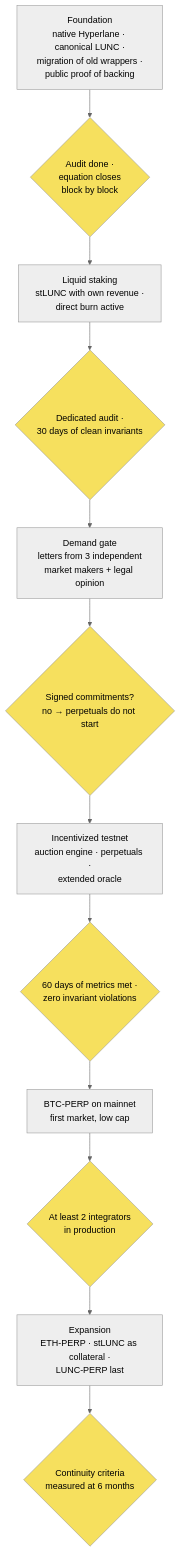
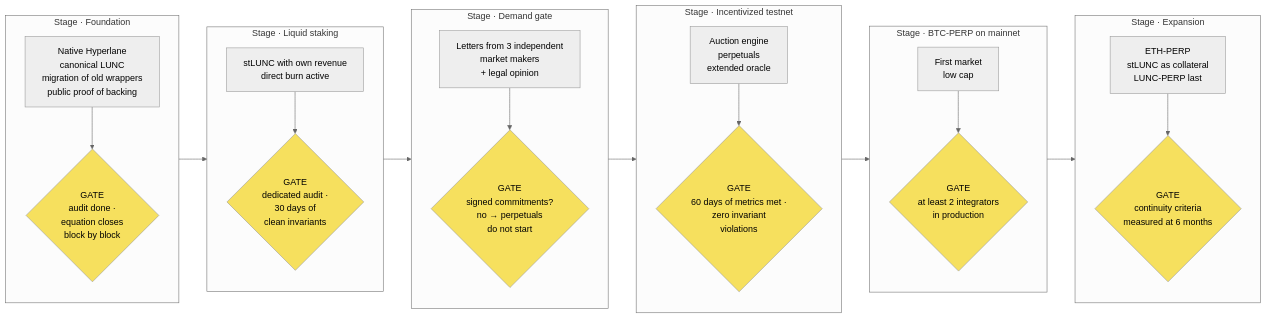
One commit to igorv43/proposal changed diagram 11 of 14 in README.md. Above: the diagram before and after it, drawn with Mermaid (neutral theme). The commit also changed 1 other file, not shown here.

Commit message:
Roadmap diagram as six stage columns (readable on GitHub and as an image)

````diff
--- a/README.md
+++ b/README.md
@@ -346,20 +346,34 @@
 ```mermaid
-flowchart TB
-    S0["Foundation<br/>native Hyperlane · canonical LUNC ·<br/>migration of old wrappers ·<br/>public proof of backing"] --> G0{"Audit done ·<br/>equation closes<br/>block by block"}
-    G0 --> S1["Liquid staking<br/>stLUNC with own revenue ·<br/>direct burn active"]
-    S1 --> G1{"Dedicated audit ·<br/>30 days of clean invariants"}
-    G1 --> S2["Demand gate<br/>letters from 3 independent<br/>market makers + legal opinion"]
-    S2 --> G2{"Signed commitments?<br/>no → perpetuals do not start"}
-    G2 --> S3["Incentivized testnet<br/>auction engine · perpetuals ·<br/>extended oracle"]
-    S3 --> G3{"60 days of metrics met ·<br/>zero invariant violations"}
-    G3 --> S4["BTC-PERP on mainnet<br/>first market, low cap"]
-    S4 --> G4{"At least 2 integrators<br/>in production"}
-    G4 --> S5["Expansion<br/>ETH-PERP · stLUNC as collateral ·<br/>LUNC-PERP last"]
-    S5 --> G5{"Continuity criteria<br/>measured at 6 months"}
+flowchart LR
+    subgraph P0["Stage · Foundation"]
+        direction TB
+        S0["Native Hyperlane<br/>canonical LUNC<br/>migration of old wrappers<br/>public proof of backing"] --> G0{"GATE<br/>audit done ·<br/>equation closes<br/>block by block"}
+    end
+    subgraph P1["Stage · Liquid staking"]
+        direction TB
+        S1["stLUNC with own revenue<br/>direct burn active"] --> G1{"GATE<br/>dedicated audit ·<br/>30 days of<br/>clean invariants"}
+    end
+    subgraph P2["Stage · Demand gate"]
+        direction TB
+        S2["Letters from 3 independent<br/>market makers<br/>+ legal opinion"] --> G2{"GATE<br/>signed commitments?<br/>no → perpetuals<br/>do not start"}
+    end
+    subgraph P3["Stage · Incentivized testnet"]
+        direction TB
+        S3["Auction engine<br/>perpetuals<br/>extended oracle"] --> G3{"GATE<br/>60 days of metrics met ·<br/>zero invariant<br/>violations"}
+    end
+    subgraph P4["Stage · BTC-PERP on mainnet"]
+        direction TB
+        S4["First market<br/>low cap"] --> G4{"GATE<br/>at least 2 integrators<br/>in production"}
+    end
+    subgraph P5["Stage · Expansion"]
+        direction TB
+        S5["ETH-PERP<br/>stLUNC as collateral<br/>LUNC-PERP last"] --> G5{"GATE<br/>continuity criteria<br/>measured at 6 months"}
+    end
+    P0 --> P1 --> P2 --> P3 --> P4 --> P5
     style G0 fill:#f6e05e,color:#000
     style G1 fill:#f6e05e,color:#000
     style G2 fill:#f6e05e,color:#000
     style G3 fill:#f6e05e,color:#000
     style G4 fill:#f6e05e,color:#000
     style G5 fill:#f6e05e,color:#000
 ```
````
